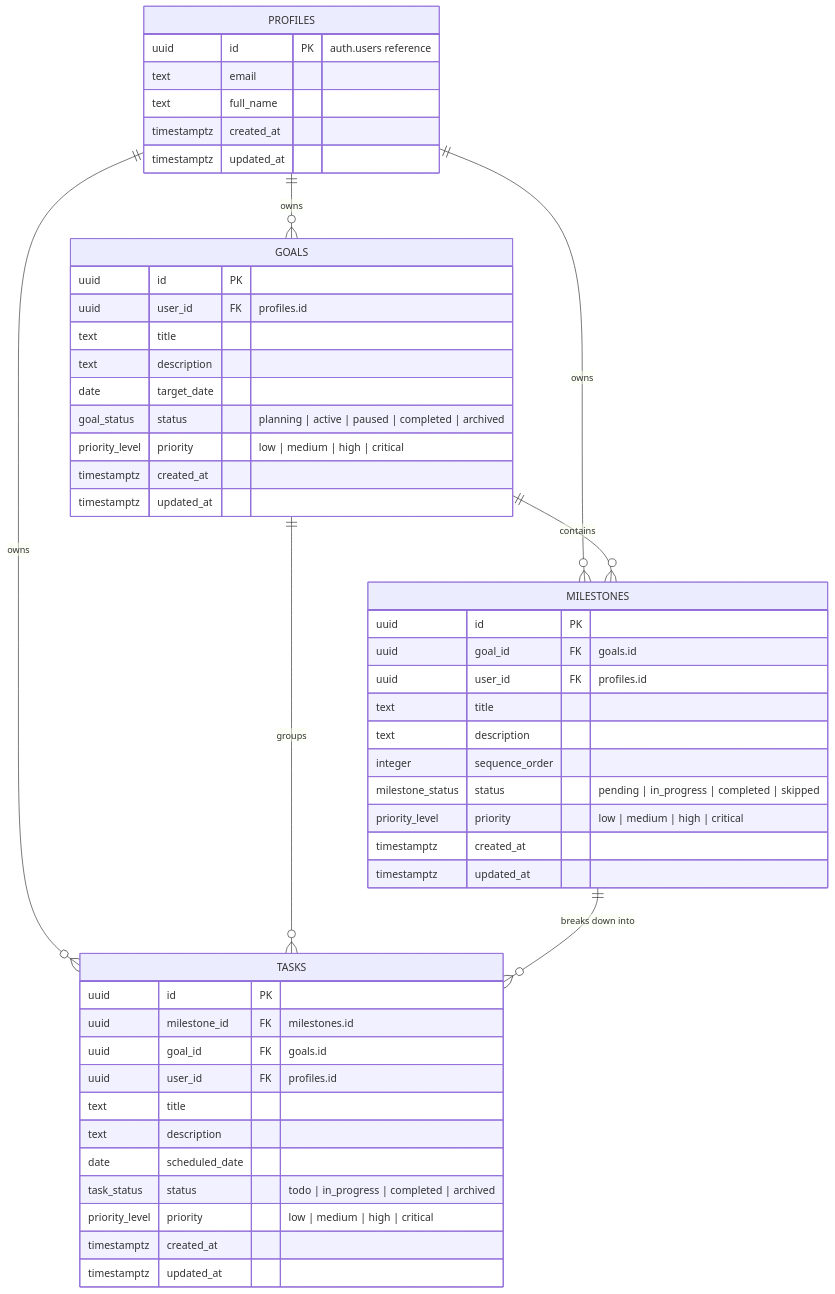
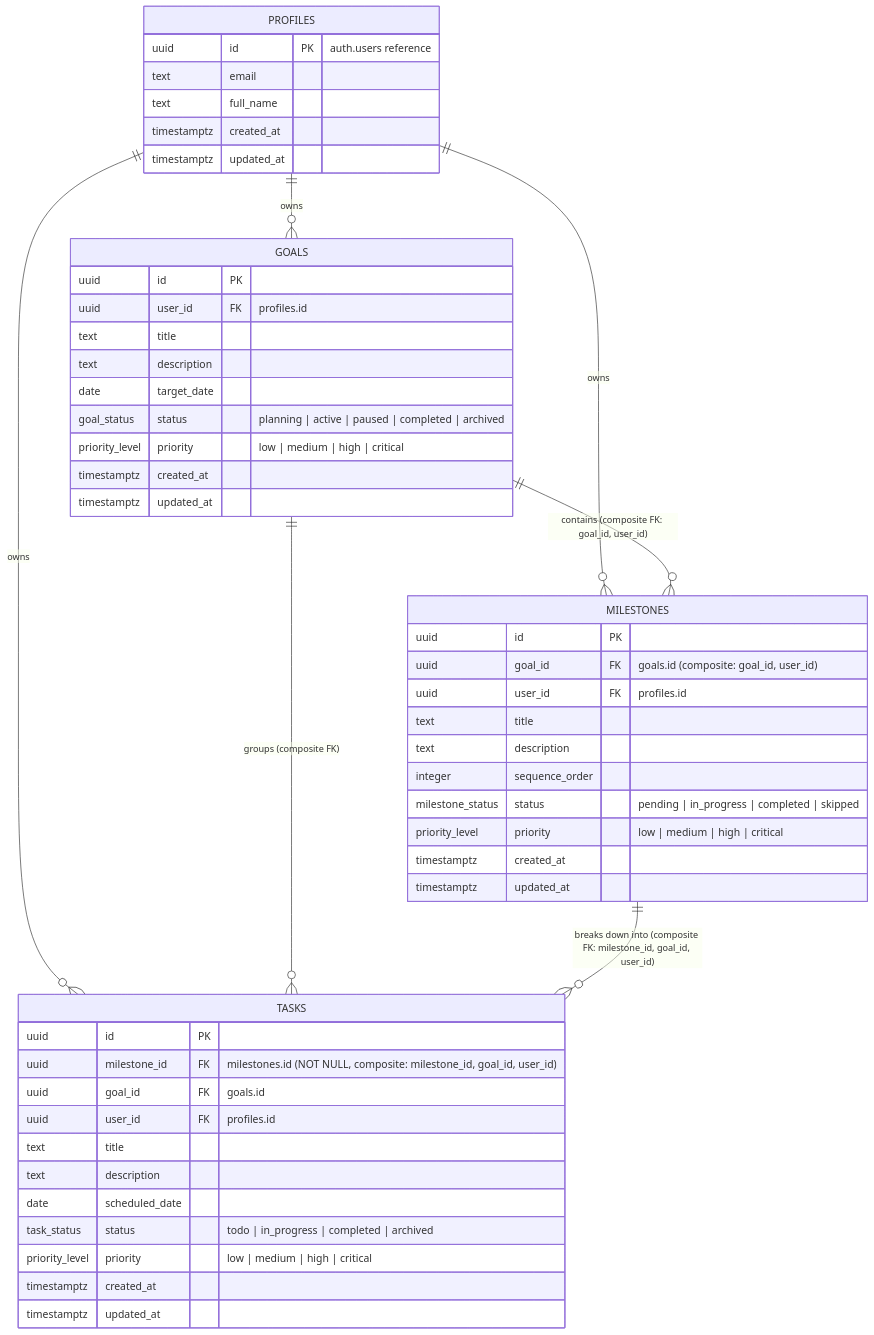
One commit to XBoT95/Stride changed the diagram in docs/erd.md. Above: the diagram before and after it, drawn with Mermaid. The commit also changed other lines of this file and 7 other files, not shown here.

````diff
--- a/docs/erd.md
+++ b/docs/erd.md
@@ -10,56 +10,56 @@
 ```mermaid
 erDiagram
     PROFILES ||--o{ GOALS : "owns"
     PROFILES ||--o{ MILESTONES : "owns"
     PROFILES ||--o{ TASKS : "owns"
-    GOALS ||--o{ MILESTONES : "contains"
-    GOALS ||--o{ TASKS : "groups"
-    MILESTONES ||--o{ TASKS : "breaks down into"
+    GOALS ||--o{ MILESTONES : "contains (composite FK: goal_id, user_id)"
+    GOALS ||--o{ TASKS : "groups (composite FK)"
+    MILESTONES ||--o{ TASKS : "breaks down into (composite FK: milestone_id, goal_id, user_id)"
 
     PROFILES {
         uuid id PK "auth.users reference"
         text email
         text full_name
         timestamptz created_at
         timestamptz updated_at
     }
 
     GOALS {
         uuid id PK
         uuid user_id FK "profiles.id"
         text title
         text description
         date target_date
         goal_status status "planning | active | paused | completed | archived"
         priority_level priority "low | medium | high | critical"
         timestamptz created_at
         timestamptz updated_at
     }
 
     MILESTONES {
         uuid id PK
-        uuid goal_id FK "goals.id"
+        uuid goal_id FK "goals.id (composite: goal_id, user_id)"
         uuid user_id FK "profiles.id"
         text title
         text description
         integer sequence_order
         milestone_status status "pending | in_progress | completed | skipped"
         priority_level priority "low | medium | high | critical"
         timestamptz created_at
         timestamptz updated_at
     }
 
     TASKS {
         uuid id PK
-        uuid milestone_id FK "milestones.id"
+        uuid milestone_id FK "milestones.id (NOT NULL, composite: milestone_id, goal_id, user_id)"
         uuid goal_id FK "goals.id"
         uuid user_id FK "profiles.id"
         text title
         text description
         date scheduled_date
         task_status status "todo | in_progress | completed | archived"
         priority_level priority "low | medium | high | critical"
         timestamptz created_at
         timestamptz updated_at
     }
 ```
````
